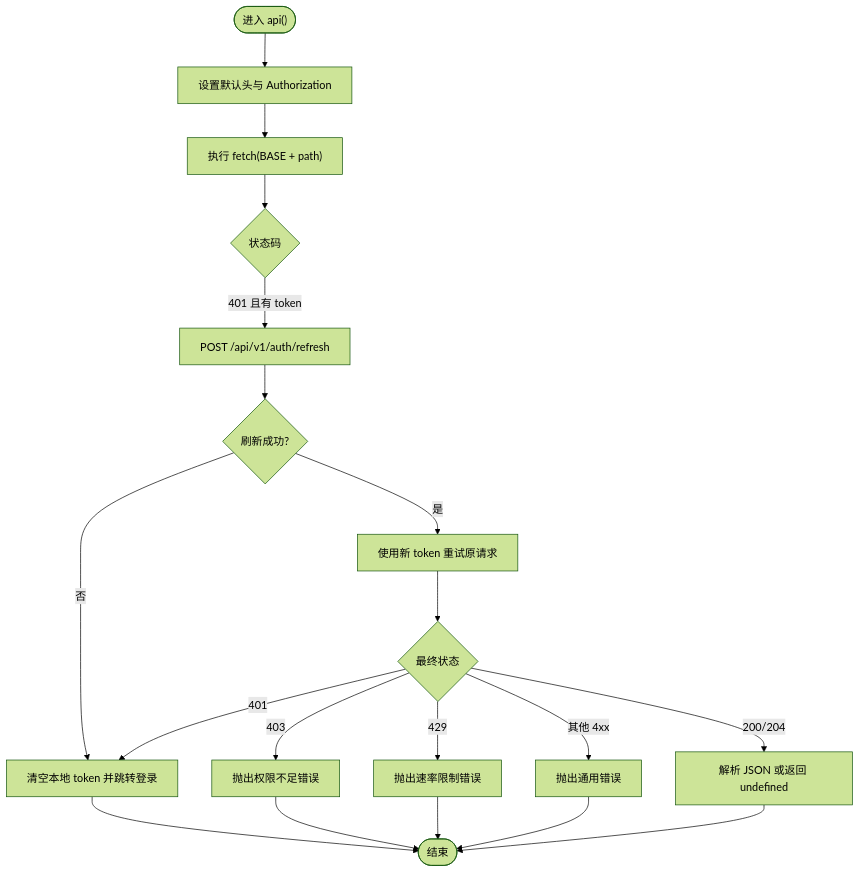
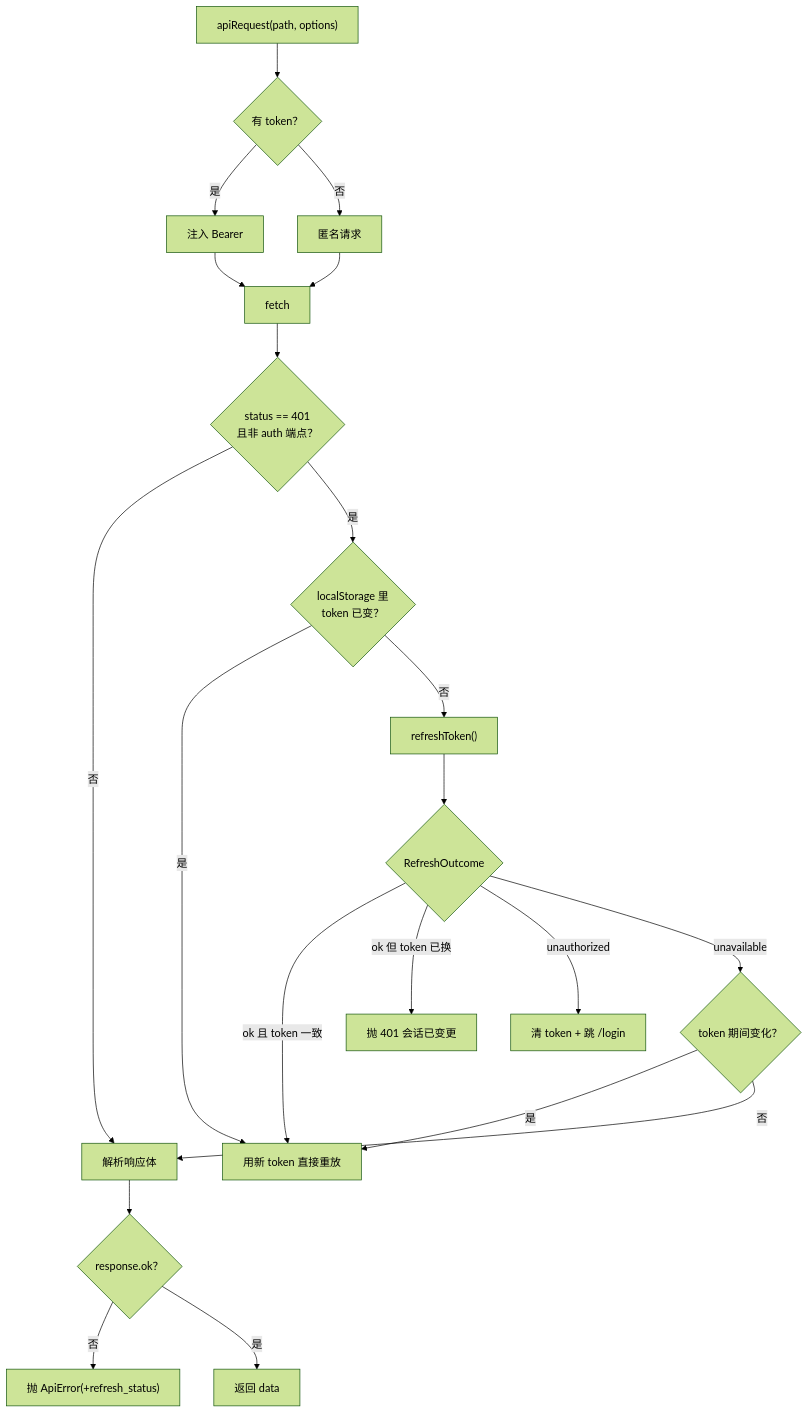
Before and after one commit to x01n/My-OpenWaf: the third of 6 diagrams in docs/前端管理界面/API 集成.md, drawn with Mermaid (forest theme). The commit also changed other lines of this file and 622 other files, not shown here.

````diff
--- a/docs/前端管理界面/API 集成.md
+++ b/docs/前端管理界面/API 集成.md
@@ -164,21 +292,23 @@
 ```mermaid
 flowchart TD
-Start(["进入 api()"]) --> AddHeaders["设置默认头与 Authorization"]
-AddHeaders --> Fetch["执行 fetch(BASE + path)"]
-Fetch --> Status{"状态码"}
-Status --> |401 且有 token| Refresh["POST /api/v1/auth/refresh"]
-Refresh --> RefreshOK{"刷新成功?"}
-RefreshOK --> |是| Retry["使用新 token 重试原请求"]
-RefreshOK --> |否| Expired["清空本地 token 并跳转登录"]
-Retry --> FinalStatus{"最终状态"}
-FinalStatus --> |401| Expired
-FinalStatus --> |403| Throw403["抛出权限不足错误"]
-FinalStatus --> |429| Throw429["抛出速率限制错误"]
-FinalStatus --> |其他 4xx| ThrowGeneric["抛出通用错误"]
-FinalStatus --> |200/204| Parse["解析 JSON 或返回 undefined"]
-Expired --> End(["结束"])
-Throw403 --> End
-Throw429 --> End
-ThrowGeneric --> End
-Parse --> End
+  A["apiRequest(path, options)"] --> B{"有 token？"}
+  B --> |是| C["注入 Bearer"]
+  B --> |否| D["匿名请求"]
+  C --> E["fetch"]
+  D --> E
+  E --> F{"status == 401<br/>且非 auth 端点？"}
+  F --> |否| K["解析响应体"]
+  F --> |是| G{"localStorage 里<br/>token 已变？"}
+  G --> |是| H["用新 token 直接重放"]
+  G --> |否| I["refreshToken()"]
+  I --> J{"RefreshOutcome"}
+  J --> |ok 且 token 一致| H
+  J --> |ok 但 token 已换| X1["抛 401 会话已变更"]
+  J --> |unauthorized| X2["清 token + 跳 /login"]
+  J --> |unavailable| Y{"token 期间变化？"}
+  Y --> |是| H
+  Y --> |否| K
+  K --> Z{"response.ok？"}
+  Z --> |否| X3["抛 ApiError(+refresh_status)"]
+  Z --> |是| W["返回 data"]
 ```
````
